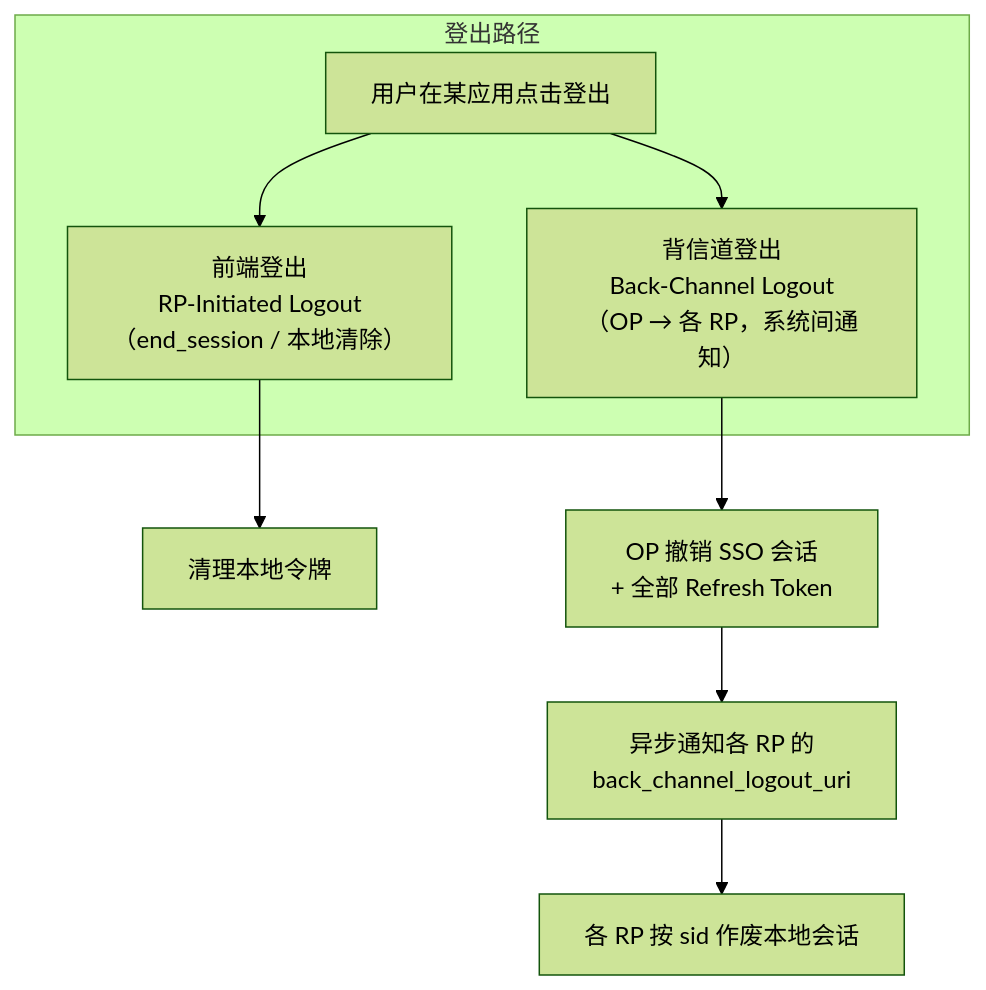
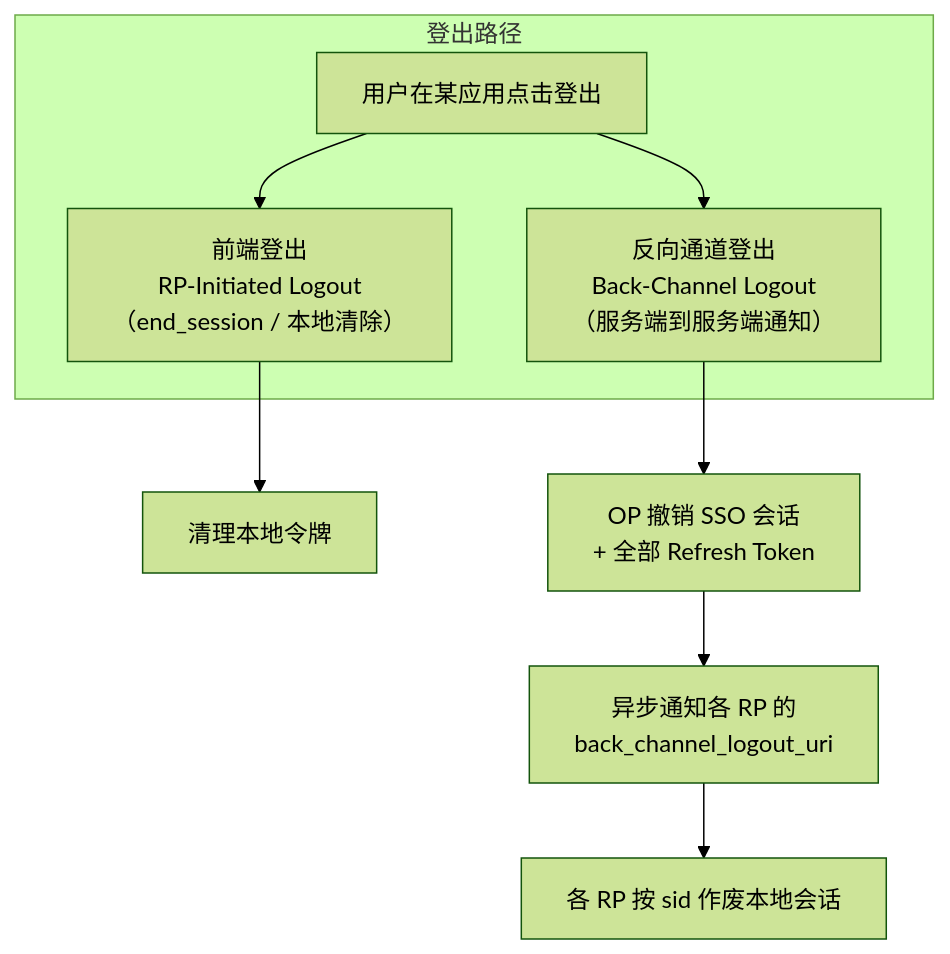
One commit to morehao/ark-iam changed the tenth of 12 diagrams in docs/design/sso-oidc-concepts.md. Above: the diagram before and after it, drawn with Mermaid (forest theme). The commit also changed other lines of this file and 4 other files, not shown here.

First line of the commit message:
docs(design): rename '背信道登出' to clearer '反向通道登出（Back-Channel Logout）'

````diff
--- a/docs/design/sso-oidc-concepts.md
+++ b/docs/design/sso-oidc-concepts.md
@@ -331,11 +331,11 @@
 ```mermaid
 flowchart TB
     subgraph 登出路径
         A["用户在某应用点击登出"] --> B["前端登出<br/>RP-Initiated Logout<br/>（end_session / 本地清除）"]
-        A --> C["背信道登出<br/>Back-Channel Logout<br/>（OP → 各 RP，系统间通知）"]
+        A --> C["反向通道登出<br/>Back-Channel Logout<br/>（服务端到服务端通知）"]
     end
     B --> D["清理本地令牌"]
     C --> E["OP 撤销 SSO 会话<br/>+ 全部 Refresh Token"]
     E --> F["异步通知各 RP 的<br/>back_channel_logout_uri"]
     F --> G["各 RP 按 sid 作废本地会话"]
 ```
````
